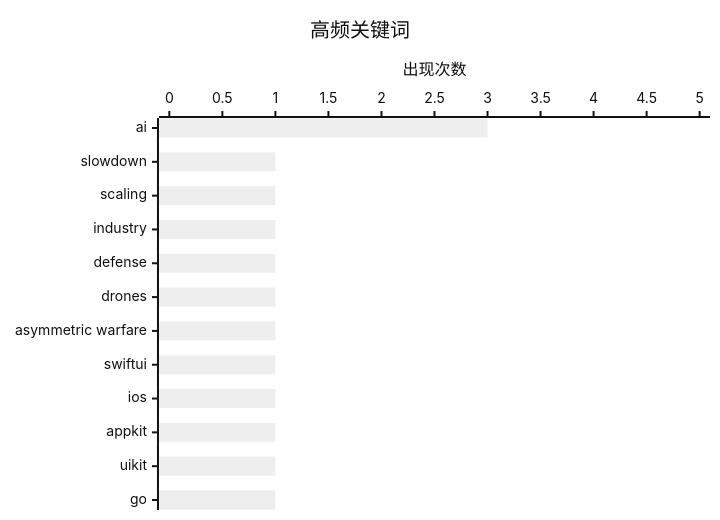
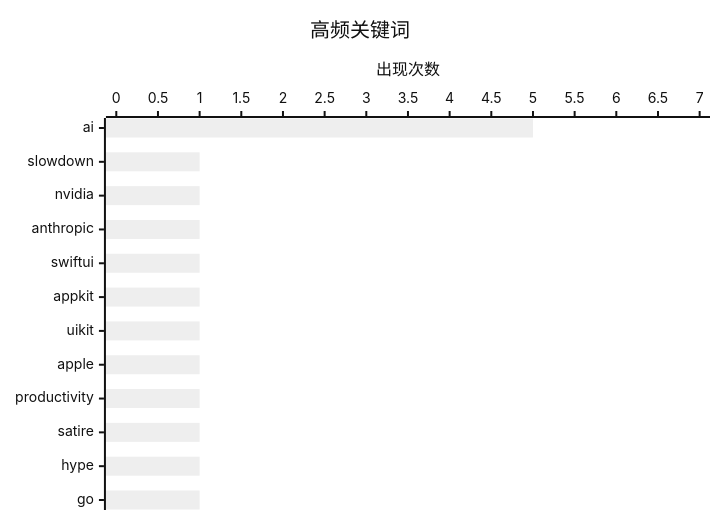
The second of 2 diagrams in content/digest_2026-06-09.md (SamhooXee/aidigest), drawn with Mermaid (neutral theme) before and after one commit. The commit also changed other lines of this file, not shown here.

````diff
--- a/content/digest_2026-06-09.md
+++ b/content/digest_2026-06-09.md
@@ -65,7 +59,7 @@
 ```mermaid
 xychart-beta horizontal
     title "高频关键词"
-    x-axis ["ai", "slowdown", "scaling", "industry", "defense", "drones", "asymmetric warfare", "swiftui", "ios", "appkit", "uikit", "go"]
-    y-axis "出现次数" 0 --> 5
-    bar [3, 1, 1, 1, 1, 1, 1, 1, 1, 1, 1, 1]
+    x-axis ["ai", "slowdown", "nvidia", "anthropic", "swiftui", "appkit", "uikit", "apple", "productivity", "satire", "hype", "go"]
+    y-axis "出现次数" 0 --> 7
+    bar [5, 1, 1, 1, 1, 1, 1, 1, 1, 1, 1, 1]
 ```
````
